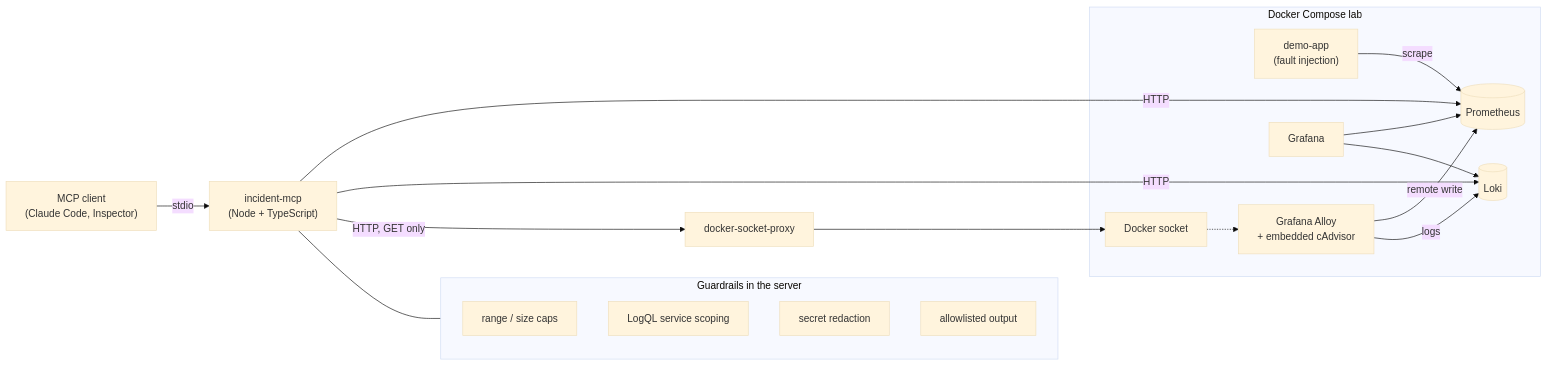
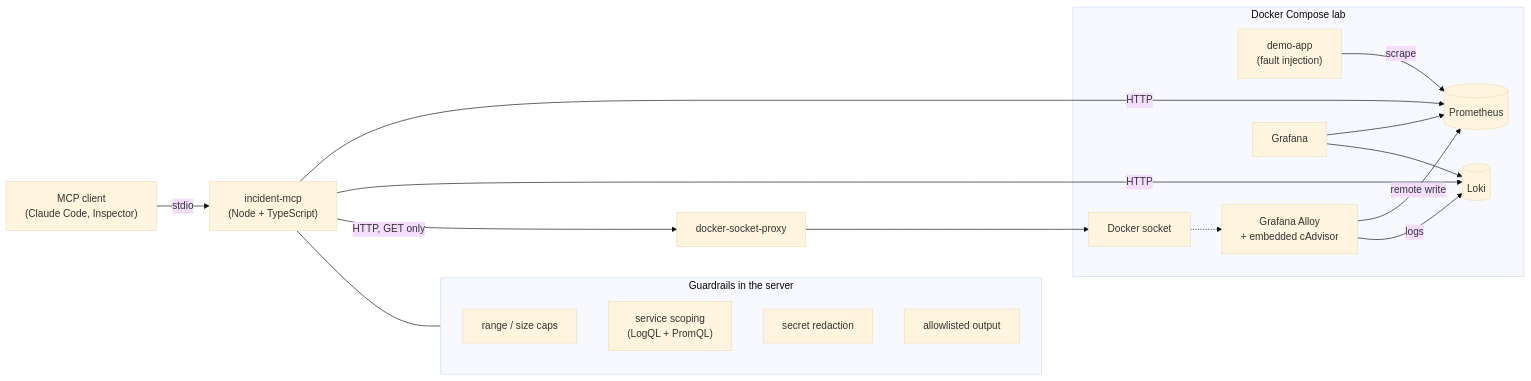
The diagram in README.md (4klud/incident-mcp), drawn with Mermaid (base theme) before and after one commit. The commit also changed other lines of this file and 1 other file, not shown here.

Commit message:
Add learnings and update README for PromQL

````diff
--- a/README.md
+++ b/README.md
@@ -18,27 +18,27 @@
 ```mermaid
 flowchart LR
     client["MCP client<br/>(Claude Code, Inspector)"] -- stdio --> server["incident-mcp<br/>(Node + TypeScript)"]
 
     subgraph guard["Guardrails in the server"]
         direction TB
         g1["range / size caps"]
-        g2["LogQL service scoping"]
+        g2["service scoping<br/>(LogQL + PromQL)"]
         g3["secret redaction"]
         g4["allowlisted output"]
     end
     server --- guard
 
     server -- HTTP --> prom[(Prometheus)]
     server -- HTTP --> loki[(Loki)]
     server -- "HTTP, GET only" --> proxy["docker-socket-proxy"]
     proxy --> sock["Docker socket"]
 
     subgraph lab["Docker Compose lab"]
         app["demo-app<br/>(fault injection)"] -- scrape --> prom
         alloy["Grafana Alloy<br/>+ embedded cAdvisor"] -- remote write --> prom
         alloy -- logs --> loki
         sock -.-> alloy
         graf["Grafana"] --> prom
         graf --> loki
     end
 ```
````
